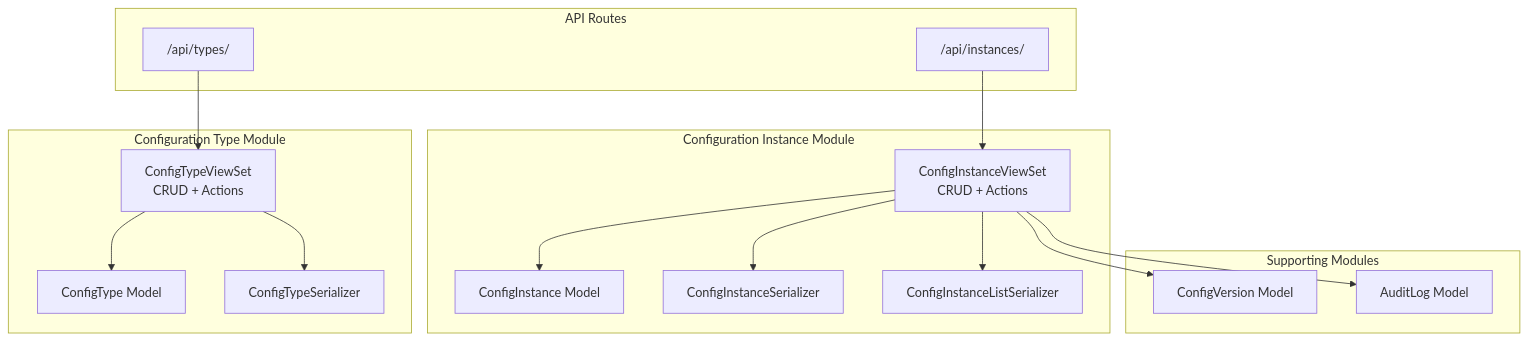
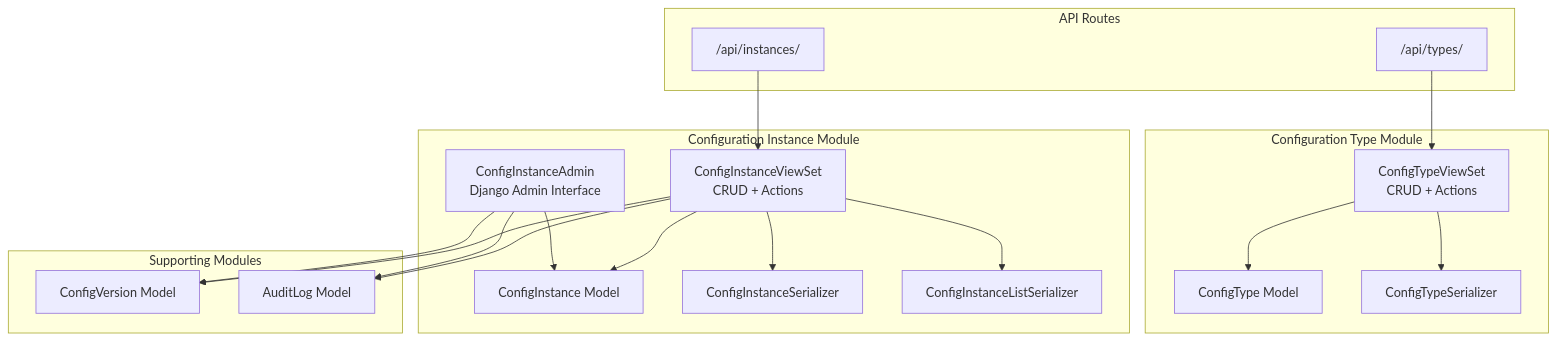
One commit to fengyong/ai-ops changed the first of 3 diagrams in .qoder/repowiki/en/content/Backend API Documentation/Configuration Instance Management API.md. Above: the diagram before and after it, drawn with Mermaid. The commit also changed other lines of this file and 7 other files, not shown here.

````diff
--- a/.qoder/repowiki/en/content/Backend API Documentation/Configuration Instance Management API.md
+++ b/.qoder/repowiki/en/content/Backend API Documentation/Configuration Instance Management API.md
@@ -33,31 +43,35 @@
 ```mermaid
 graph TB
 subgraph "API Routes"
 R["/api/instances/"]
 RT["/api/types/"]
 end
 subgraph "Configuration Instance Module"
 V1["ConfigInstanceViewSet<br/>CRUD + Actions"]
 M1["ConfigInstance Model"]
 S1["ConfigInstanceSerializer"]
 SL1["ConfigInstanceListSerializer"]
+A1["ConfigInstanceAdmin<br/>Django Admin Interface"]
 end
 subgraph "Configuration Type Module"
 V2["ConfigTypeViewSet<br/>CRUD + Actions"]
 M2["ConfigType Model"]
 S2["ConfigTypeSerializer"]
 end
 subgraph "Supporting Modules"
 V["ConfigVersion Model"]
-A["AuditLog Model"]
+AU["AuditLog Model"]
 end
 R --> V1
 RT --> V2
 V1 --> M1
 V1 --> S1
 V1 --> SL1
 V1 --> V
-V1 --> A
+V1 --> AU
+A1 --> M1
+A1 --> V
+A1 --> AU
 V2 --> M2
 V2 --> S2
 ```
````
